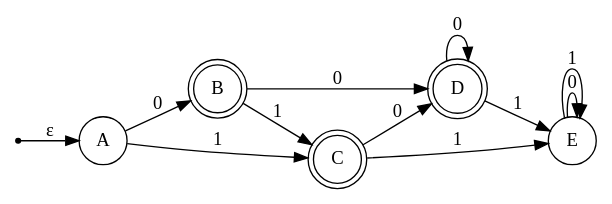
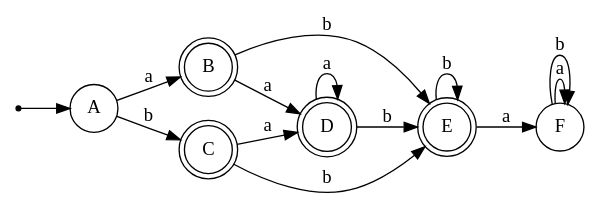
Before and after one commit to DiggsPapu/TeoriaComputacion: the diagram in Graphs/AFD/afd5.dot, drawn with Graphviz. The commit also changed 34 other files, not shown here.

```diff
--- a/Graphs/AFD/afd5.dot
+++ b/Graphs/AFD/afd5.dot
@@ -1,20 +1,24 @@
 digraph AFD{
 node [shape=circle];
 rankdir=LR;
-init [label="", shape=point];
+A [label="A"];
 B[shape=doublecircle] [label="B"];
 C[shape=doublecircle] [label="C"];
 D[shape=doublecircle] [label="D"];
-E [label="E"];
-init->A[label="ε"];
-A->B[label="0"];
-A->C[label="1"];
-B->D[label="0"];
-B->C[label="1"];
-C->D[label="0"];
-C->E[label="1"];
-D->D[label="0"];
-D->E[label="1"];
-E->E[label="0"];
-E->E[label="1"];
+E[shape=doublecircle] [label="E"];
+F [label="F"];
+init [label="", shape=point];
+init->A;
+A->B[label="a"];
+A->C[label="b"];
+B->D[label="a"];
+B->E[label="b"];
+C->D[label="a"];
+C->E[label="b"];
+D->D[label="a"];
+D->E[label="b"];
+E->F[label="a"];
+E->E[label="b"];
+F->F[label="a"];
+F->F[label="b"];
 }
```
